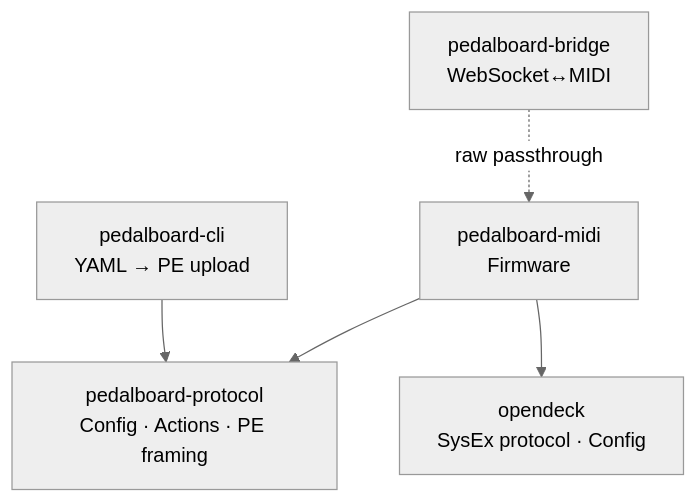
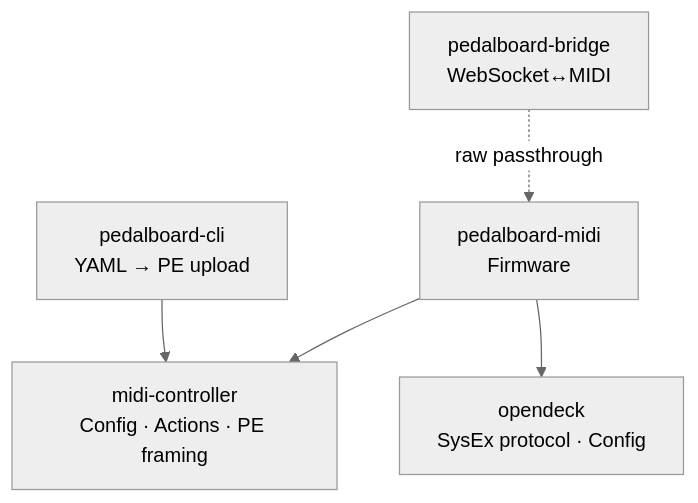
The third of 3 diagrams in docs/software-architecture.md (pedalboard/.github), drawn with Mermaid (neutral theme) before and after one commit. The commit also changed 6 other files, not shown here.

First line of the commit message:
rename pedalboard-protocol → midi-controller across all docs

````diff
--- a/docs/software-architecture.md
+++ b/docs/software-architecture.md
@@ -78,14 +78,14 @@
 ```mermaid
 graph TD
-    PROTOCOL[pedalboard-protocol<br/>Config · Actions · PE framing]
+    PROTOCOL[midi-controller<br/>Config · Actions · PE framing]
     OPENDECK[opendeck<br/>SysEx protocol · Config]
     
     MIDI_FW[pedalboard-midi<br/>Firmware]
     CLI_APP[pedalboard-cli<br/>YAML → PE upload]
     BRIDGE_APP[pedalboard-bridge<br/>WebSocket↔MIDI]
 
     MIDI_FW --> PROTOCOL
     MIDI_FW --> OPENDECK
     CLI_APP --> PROTOCOL
     BRIDGE_APP -.->|raw passthrough| MIDI_FW
 ```
````
